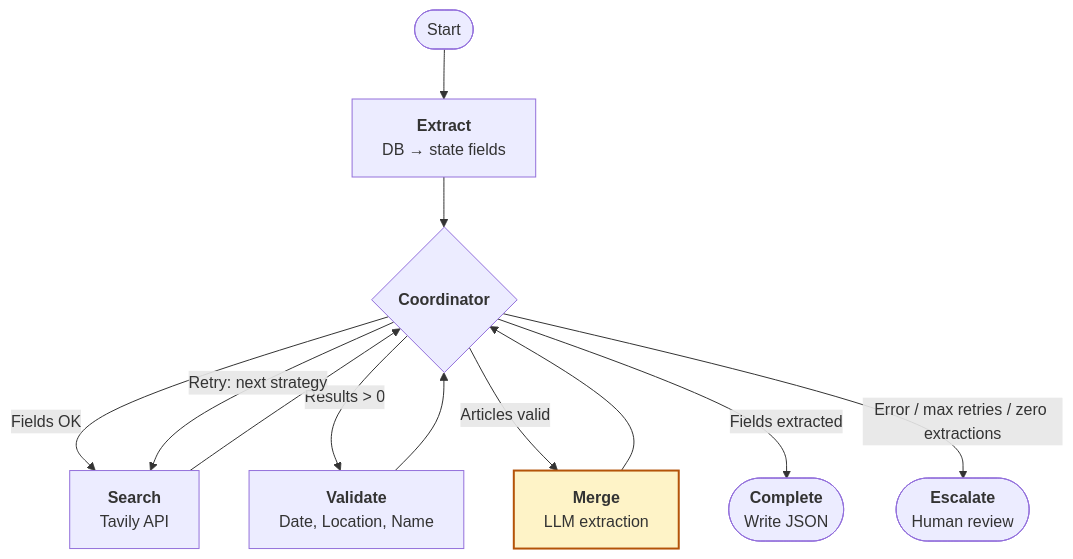
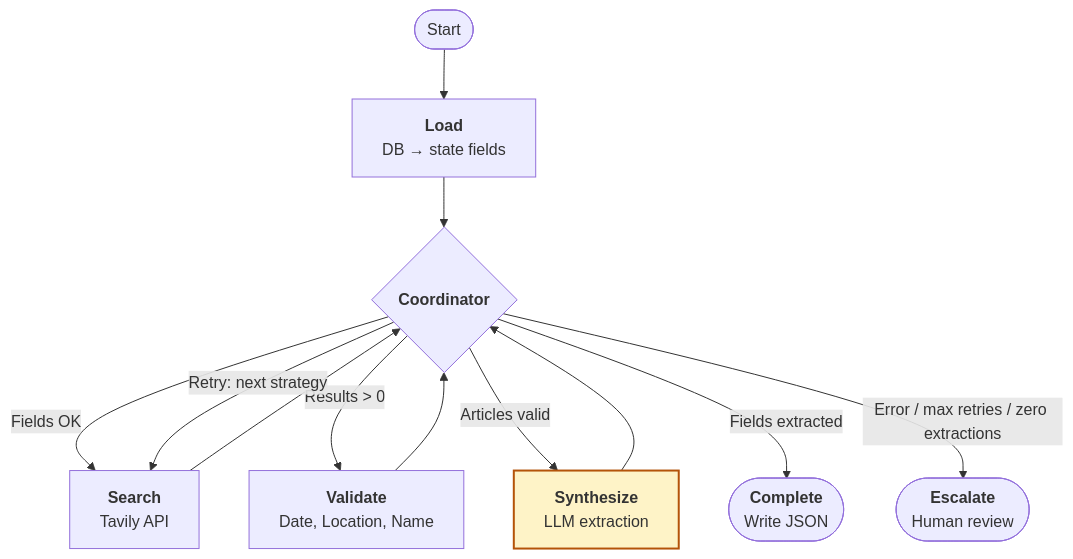
Before and after one commit to hongsupshin/hongsupshin.github.io: the diagram in posts/2026-03-08-agentic_data_enrichment/index.qmd, drawn with Mermaid. The commit also changed other lines of this file and 5 other files, not shown here.

````diff
--- a/posts/2026-03-08-agentic_data_enrichment/index.qmd
+++ b/posts/2026-03-08-agentic_data_enrichment/index.qmd
@@ -66,25 +66,25 @@
 ```{mermaid}
 flowchart TD
-    Start([Start]) --> Extract
-    Extract[<b>Extract</b><br/>DB → state fields]
+    Start([Start]) --> Load
+    Load[<b>Load</b><br/>DB → state fields]
     Search[<b>Search</b><br/>Tavily API]
     Validate[<b>Validate</b><br/>Date, Location, Name]
-    Merge[<b>Merge</b><br/>LLM extraction]
+    Synthesize[<b>Synthesize</b><br/>LLM extraction]
     Coord{<b>Coordinator</b>}
     Complete([<b>Complete</b><br/>Write JSON])
     Escalate([<b>Escalate</b><br/>Human review])
 
-    Extract --> Coord
+    Load --> Coord
     Coord -- "Fields OK" --> Search
     Search --> Coord
     Coord -- "Results > 0" --> Validate
     Coord -- "Retry: next strategy" --> Search
     Validate --> Coord
-    Coord -- "Articles valid" --> Merge
-    Merge --> Coord
+    Coord -- "Articles valid" --> Synthesize
+    Synthesize --> Coord
     Coord -- "Fields extracted" --> Complete
     Coord -- "Error / max retries / zero extractions" --> Escalate
 
     classDef llmNode fill:#FEF3C7,stroke:#B45309,stroke-width:2px
-    class Merge llmNode
+    class Synthesize llmNode
 ```
````
